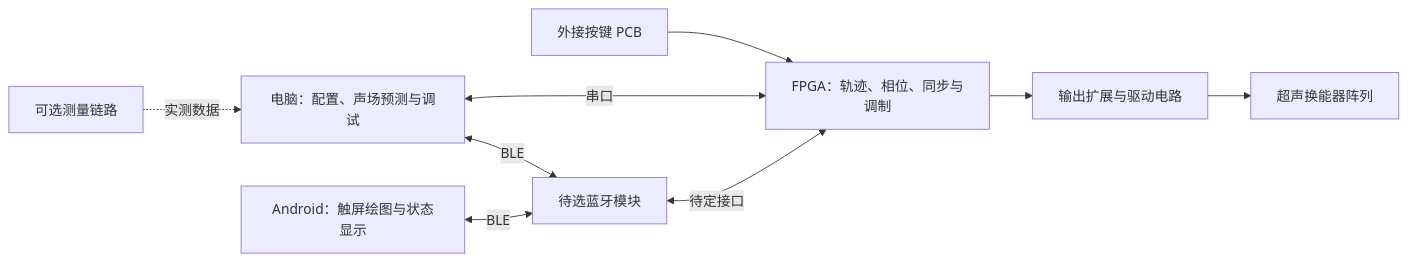
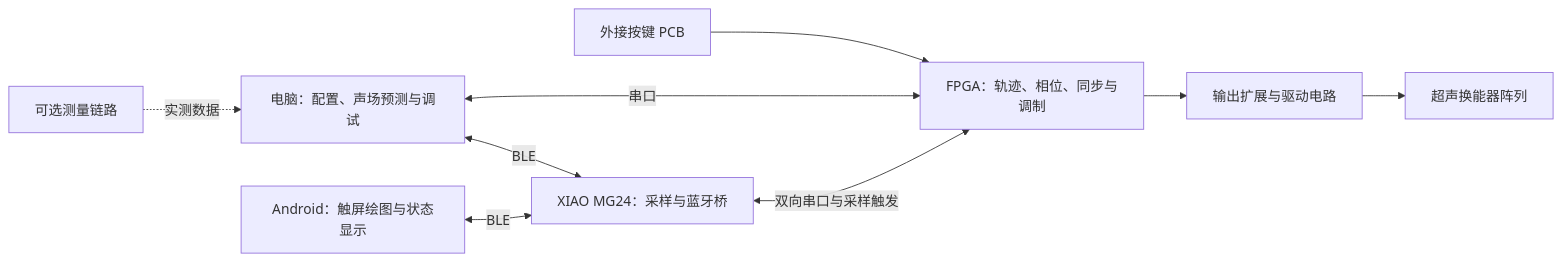
The diagram in README.md (Cody-ic/fpga-air-haptics), drawn with Mermaid before and after one commit. The commit also changed other lines of this file and 62 other files, not shown here.

````diff
--- a/README.md
+++ b/README.md
@@ -17,11 +21,11 @@
 ```mermaid
 flowchart LR
     K[外接按键 PCB] --> F[FPGA：轨迹、相位、同步与调制]
     P[电脑：配置、声场预测与调试] <-->|串口| F
-    P <-->|BLE| B[待选蓝牙模块]
+    P <-->|BLE| B[XIAO MG24：采样与蓝牙桥]
     A2[Android：触屏绘图与状态显示] <-->|BLE| B
-    B <-->|待定接口| F
+    B <-->|双向串口与采样触发| F
     F --> D[输出扩展与驱动电路]
     D --> A[超声换能器阵列]
     M[可选测量链路] -.实测数据.-> P
 ```
````
